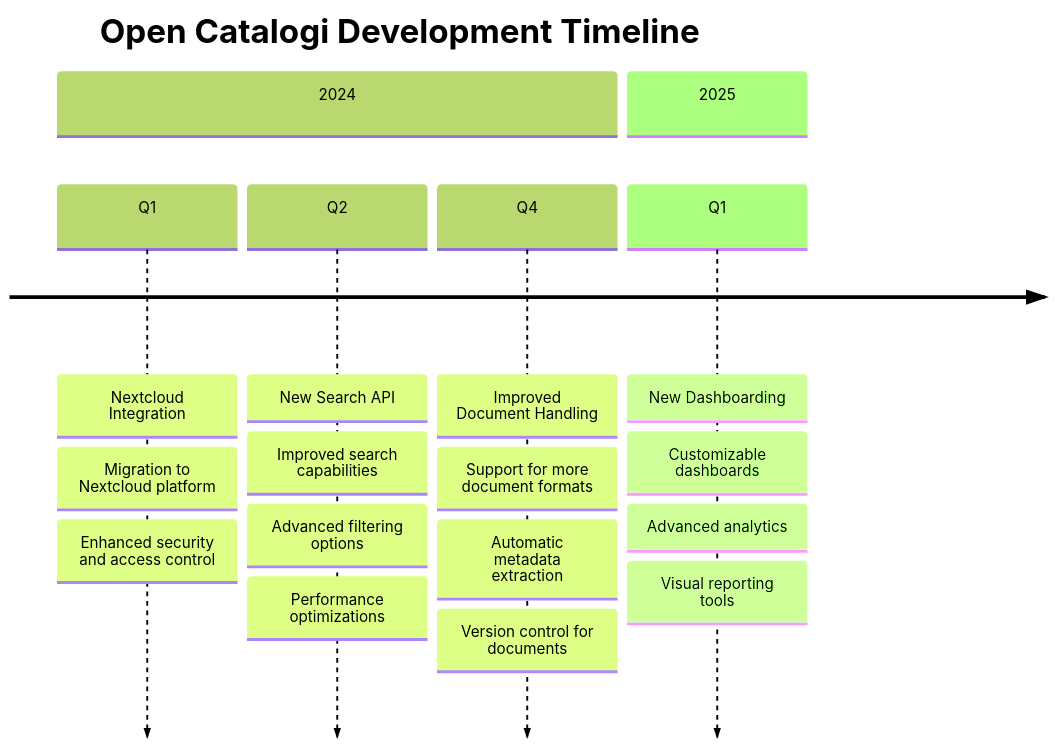
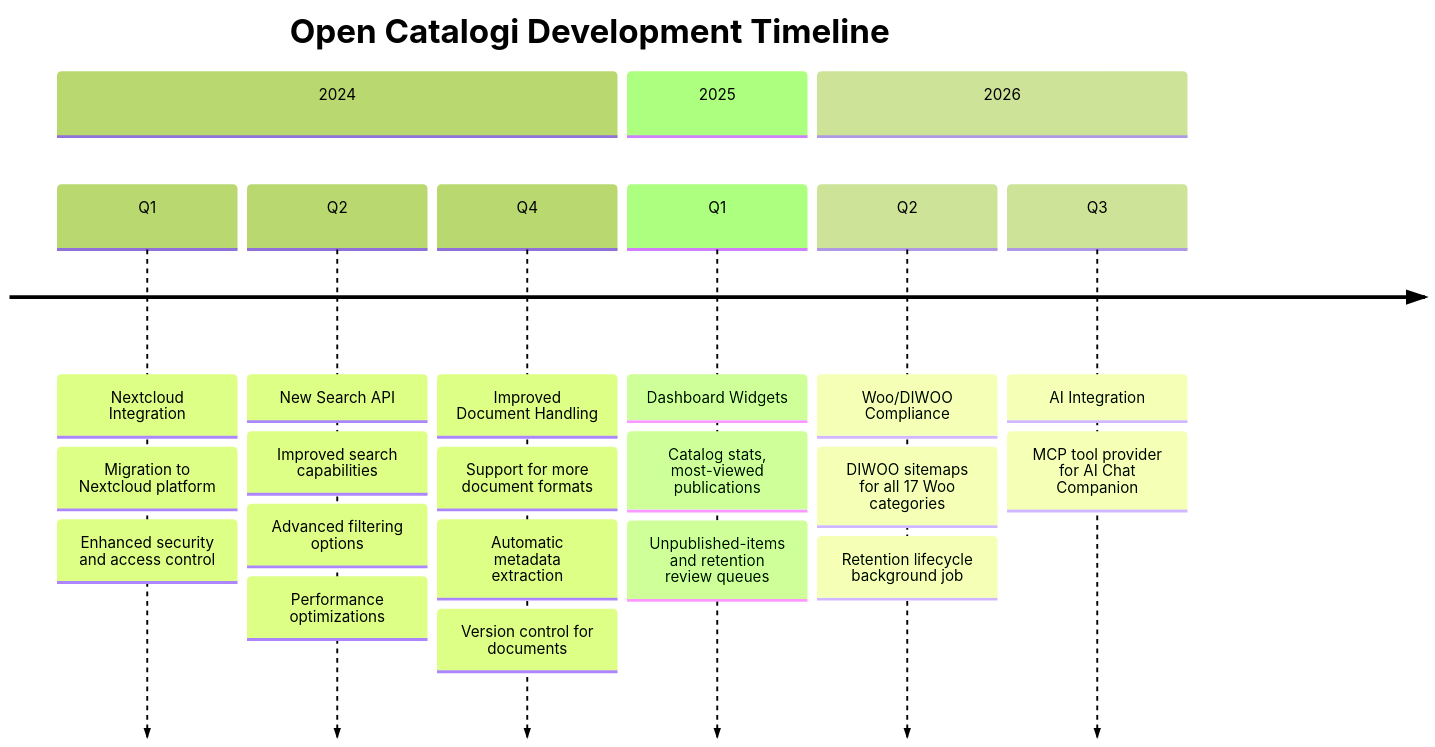
The second of 2 diagrams in docs/index.md (ConductionNL/opencatalogi), drawn with Mermaid (forest theme) before and after one commit. The commit also changed other lines of this file and 8 other files, not shown here.

````diff
--- a/docs/index.md
+++ b/docs/index.md
@@ -116,21 +115,26 @@
 ```mermaid
 timeline
     title Open Catalogi Development Timeline
     section 2024
         Q1 : Nextcloud Integration
             : Migration to Nextcloud platform
             : Enhanced security and access control
         Q2 : New Search API
             : Improved search capabilities
             : Advanced filtering options
             : Performance optimizations
         Q4 : Improved Document Handling
             : Support for more document formats
             : Automatic metadata extraction
             : Version control for documents
     section 2025
-        Q1 : New Dashboarding
-            : Customizable dashboards
-            : Advanced analytics
-            : Visual reporting tools
+        Q1 : Dashboard Widgets
+            : Catalog stats, most-viewed publications
+            : Unpublished-items and retention review queues
+    section 2026
+        Q2 : Woo/DIWOO Compliance
+            : DIWOO sitemaps for all 17 Woo categories
+            : Retention lifecycle background job
+        Q3 : AI Integration
+            : MCP tool provider for AI Chat Companion
 ```
````
